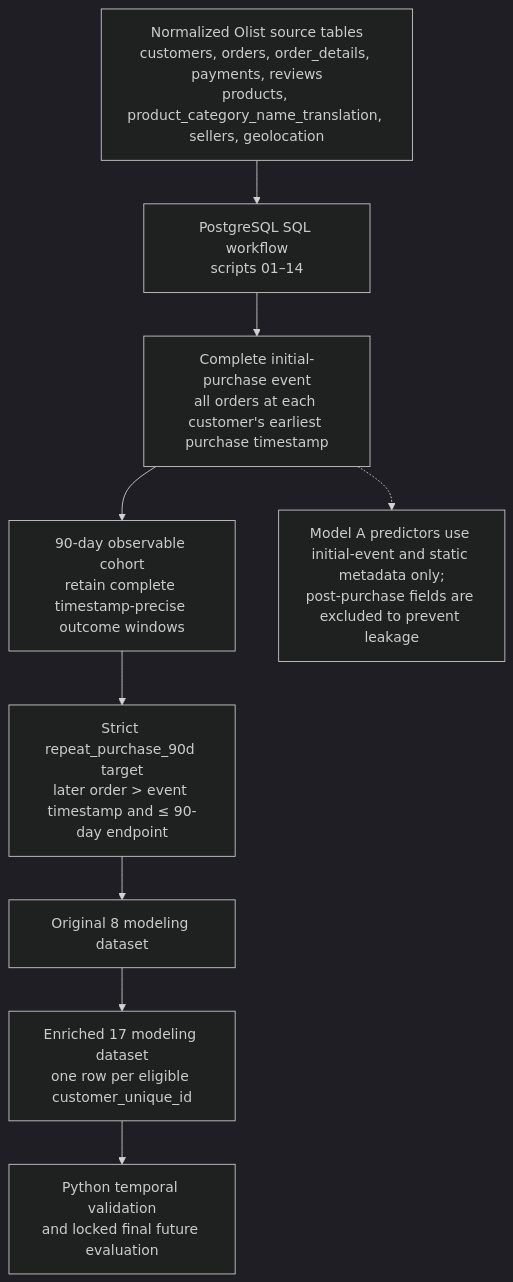
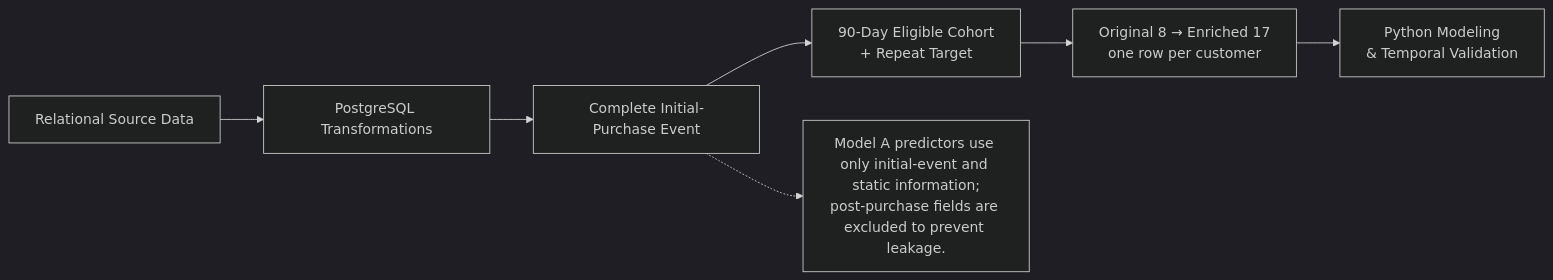
One commit to marcus-romeo/olist-ecommerce-analytics changed the second of 2 diagrams in README.md. Above: the diagram before and after it, drawn with Mermaid (dark theme). The commit also changed other lines of this file, not shown here.

Commit message:
Compact data transformation diagram

````diff
--- a/README.md
+++ b/README.md
@@ -130,15 +130,13 @@
 ```mermaid
-flowchart TD
-    A["Normalized Olist source tables<br/>customers, orders, order_details, payments, reviews<br/>products, product_category_name_translation, sellers, geolocation"]
-    B["PostgreSQL SQL workflow<br/>scripts 01–14"]
-    C["Complete initial-purchase event<br/>all orders at each customer's earliest purchase timestamp"]
-    D["90-day observable cohort<br/>retain complete timestamp-precise outcome windows"]
-    E["Strict repeat_purchase_90d target<br/>later order > event timestamp and ≤ 90-day endpoint"]
-    F["Original 8 modeling dataset"]
-    G["Enriched 17 modeling dataset<br/>one row per eligible customer_unique_id"]
-    H["Python temporal validation<br/>and locked final future evaluation"]
-    L["Model A predictors use initial-event and static metadata only;<br/>post-purchase fields are excluded to prevent leakage"]
+flowchart LR
+    A["Relational Source Data"]
+    B["PostgreSQL Transformations"]
+    C["Complete Initial-Purchase Event"]
+    D["90-Day Eligible Cohort<br/>+ Repeat Target"]
+    E["Original 8 → Enriched 17<br/>one row per customer"]
+    F["Python Modeling<br/>& Temporal Validation"]
+    L["Model A predictors use only initial-event and static information;<br/>post-purchase fields are excluded to prevent leakage."]
 
-    A --> B --> C --> D --> E --> F --> G --> H
+    A --> B --> C --> D --> E --> F
     C -.-> L
 ```
````
